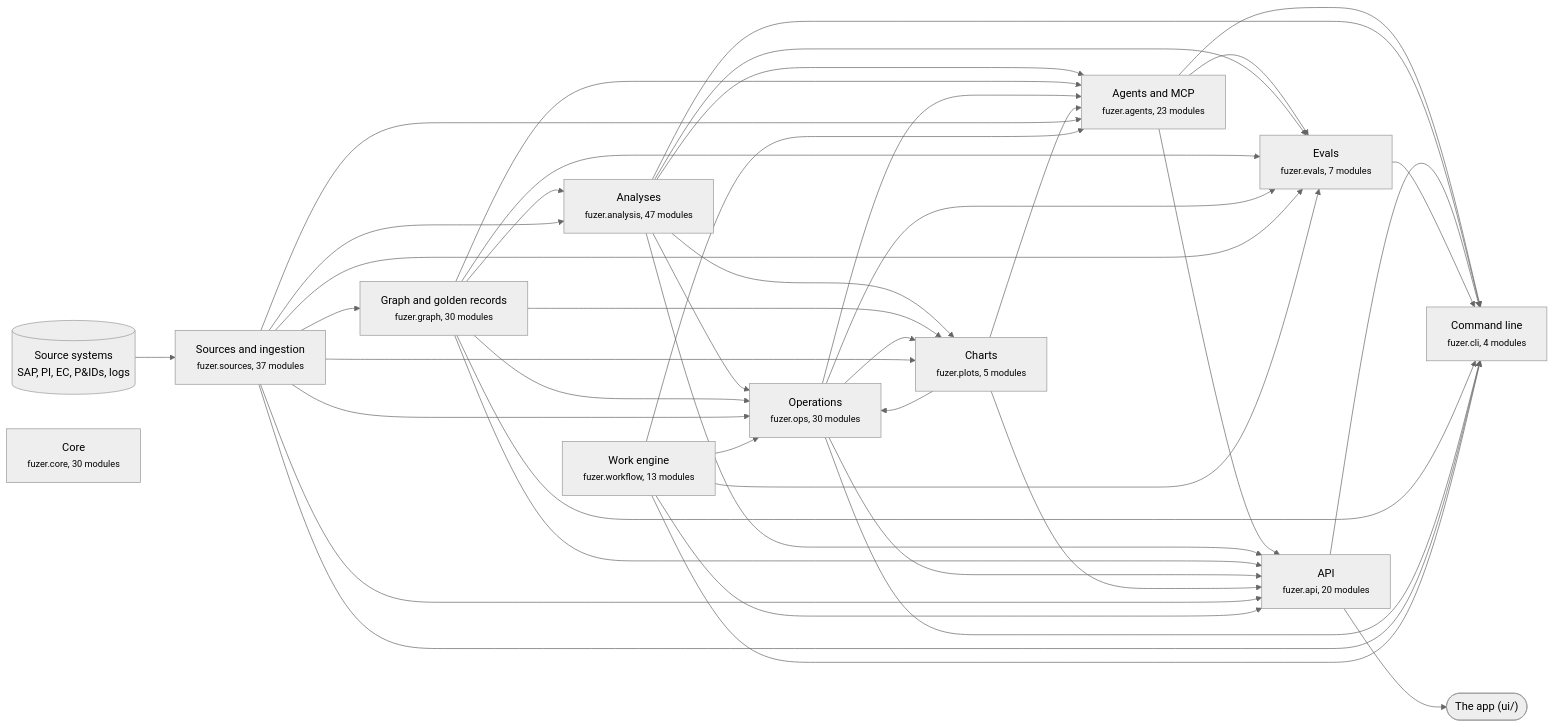
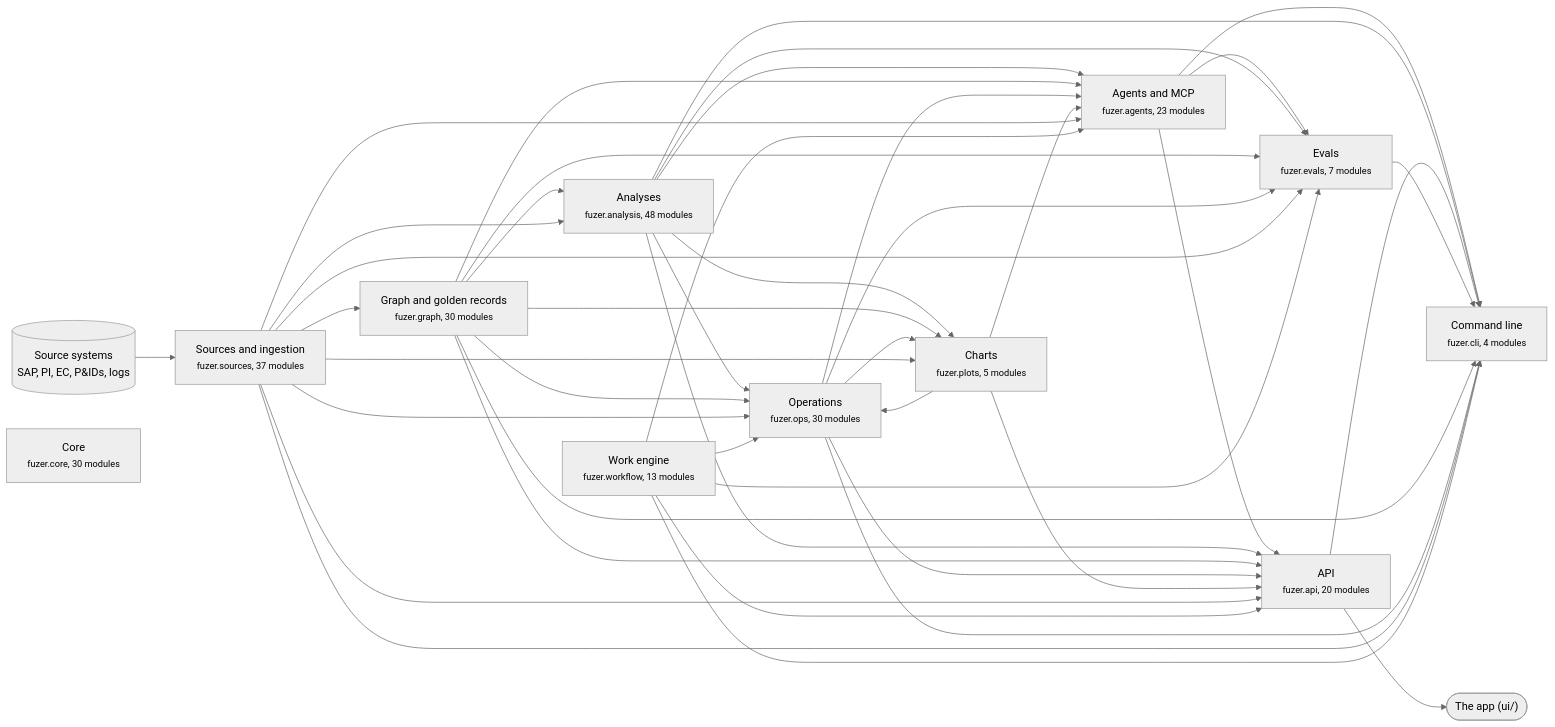
The first of 3 diagrams in docs/architecture.md (areed145/fuzer), drawn with Mermaid (neutral theme) before and after one commit. The commit also changed other lines of this file and 11 other files, not shown here.

````diff
--- a/docs/architecture.md
+++ b/docs/architecture.md
@@ -8,67 +8,67 @@
 ```mermaid
 flowchart LR
   systems[("Source systems<br>SAP, PI, EC, P&IDs, logs")] --> c_sources
   app(["The app (ui/)"])
   c_api --> app
   c_sources["Sources and ingestion<br><small>fuzer.sources, 37 modules</small>"]
   c_graph["Graph and golden records<br><small>fuzer.graph, 30 modules</small>"]
-  c_analysis["Analyses<br><small>fuzer.analysis, 47 modules</small>"]
+  c_analysis["Analyses<br><small>fuzer.analysis, 48 modules</small>"]
   c_ops["Operations<br><small>fuzer.ops, 30 modules</small>"]
   c_plots["Charts<br><small>fuzer.plots, 5 modules</small>"]
   c_workflow["Work engine<br><small>fuzer.workflow, 13 modules</small>"]
   c_agents["Agents and MCP<br><small>fuzer.agents, 23 modules</small>"]
   c_evals["Evals<br><small>fuzer.evals, 7 modules</small>"]
   c_api["API<br><small>fuzer.api, 20 modules</small>"]
   c_cli["Command line<br><small>fuzer.cli, 4 modules</small>"]
   c_core["Core<br><small>fuzer.core, 30 modules</small>"]
   c_sources --> c_graph
   c_graph --> c_analysis
   c_sources --> c_analysis
   c_analysis --> c_ops
   c_graph --> c_ops
   c_plots --> c_ops
   c_sources --> c_ops
   c_workflow --> c_ops
   c_analysis --> c_plots
   c_graph --> c_plots
   c_ops --> c_plots
   c_sources --> c_plots
   c_analysis --> c_agents
   c_graph --> c_agents
   c_ops --> c_agents
   c_plots --> c_agents
   c_sources --> c_agents
   c_workflow --> c_agents
   c_agents --> c_evals
   c_analysis --> c_evals
   c_graph --> c_evals
   c_ops --> c_evals
   c_sources --> c_evals
   c_workflow --> c_evals
   c_agents --> c_api
   c_analysis --> c_api
   c_graph --> c_api
   c_ops --> c_api
   c_plots --> c_api
   c_sources --> c_api
   c_workflow --> c_api
   c_agents --> c_cli
   c_analysis --> c_cli
   c_api --> c_cli
   c_evals --> c_cli
   c_graph --> c_cli
   c_ops --> c_cli
   c_sources --> c_cli
   c_workflow --> c_cli
   click c_sources "https://github.com/areed145/fuzer/tree/main/src/fuzer/sources"
   click c_graph "https://github.com/areed145/fuzer/tree/main/src/fuzer/graph"
   click c_analysis "https://github.com/areed145/fuzer/tree/main/src/fuzer/analysis"
   click c_ops "https://github.com/areed145/fuzer/tree/main/src/fuzer/ops"
   click c_plots "https://github.com/areed145/fuzer/tree/main/src/fuzer/plots"
   click c_workflow "https://github.com/areed145/fuzer/tree/main/src/fuzer/workflow"
   click c_agents "https://github.com/areed145/fuzer/tree/main/src/fuzer/agents"
   click c_evals "https://github.com/areed145/fuzer/tree/main/src/fuzer/evals"
   click c_api "https://github.com/areed145/fuzer/tree/main/src/fuzer/api"
   click c_cli "https://github.com/areed145/fuzer/tree/main/src/fuzer/cli"
   click c_core "https://github.com/areed145/fuzer/tree/main/src/fuzer/core"
 ```
````
